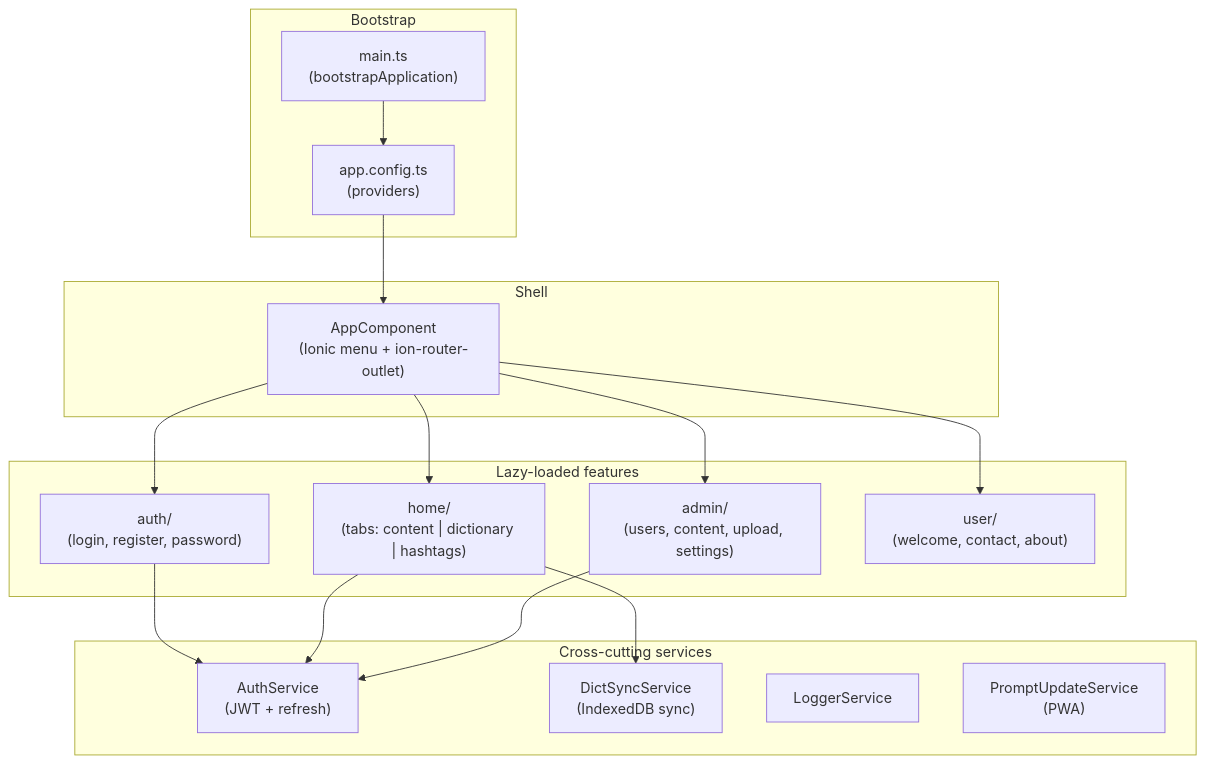
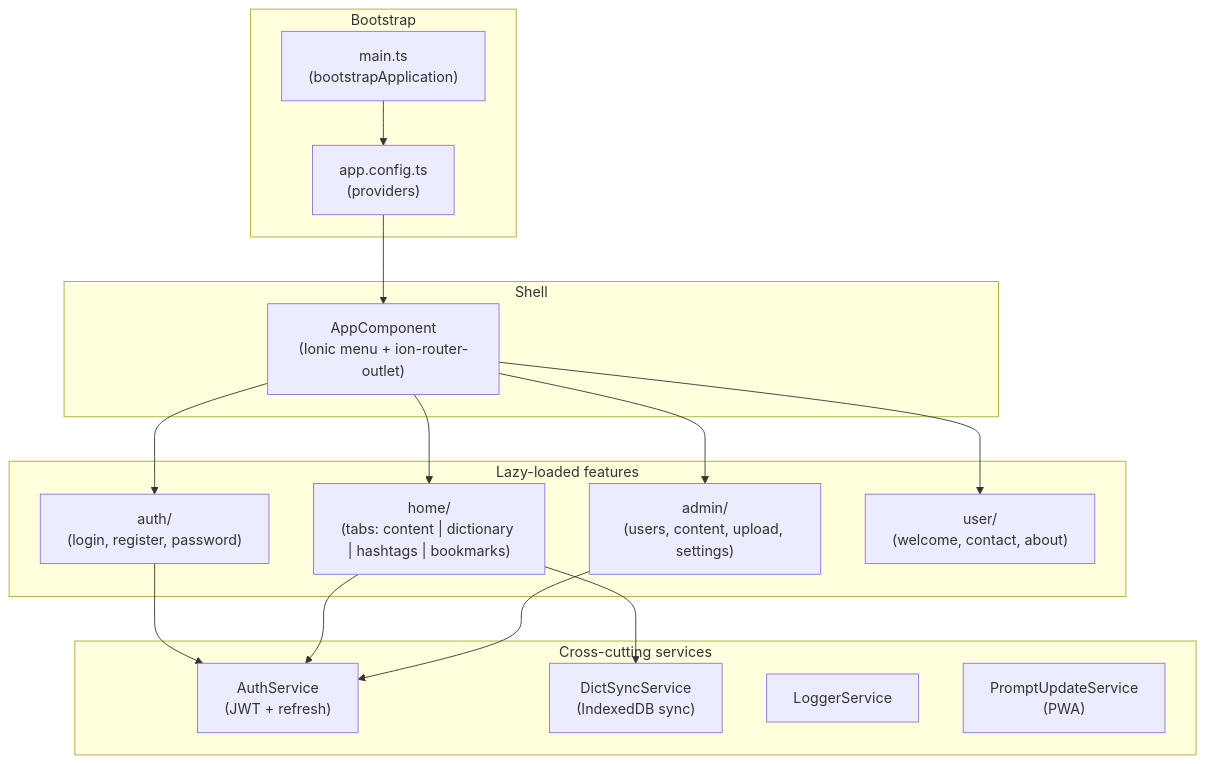
One commit to remarcmij/taalwiz-mono changed the first of 8 diagrams in apps/taalwiz-web/ARCHITECTURE.md. Above: the diagram before and after it, drawn with Mermaid. The commit also changed other lines of this file and 3 other files, not shown here.

````diff
--- a/apps/taalwiz-web/ARCHITECTURE.md
+++ b/apps/taalwiz-web/ARCHITECTURE.md
@@ -22,36 +22,36 @@
 ```mermaid
 graph TD
     subgraph Bootstrap
         main["main.ts\n(bootstrapApplication)"]
         config["app.config.ts\n(providers)"]
     end
 
     subgraph Shell
         app["AppComponent\n(Ionic menu + ion-router-outlet)"]
     end
 
     subgraph Features ["Lazy-loaded features"]
         auth["auth/\n(login, register, password)"]
-        home["home/\n(tabs: content | dictionary | hashtags)"]
+        home["home/\n(tabs: content | dictionary | hashtags | bookmarks)"]
         admin["admin/\n(users, content, upload, settings)"]
         user["user/\n(welcome, contact, about)"]
     end
 
     subgraph CrossCutting ["Cross-cutting services"]
         authSvc["AuthService\n(JWT + refresh)"]
         dictSync["DictSyncService\n(IndexedDB sync)"]
         logger["LoggerService"]
         swUpdate["PromptUpdateService\n(PWA)"]
     end
 
     main --> config
     config --> app
     app --> auth
     app --> home
     app --> admin
     app --> user
     auth --> authSvc
     home --> authSvc
     home --> dictSync
     admin --> authSvc
 ```
````
